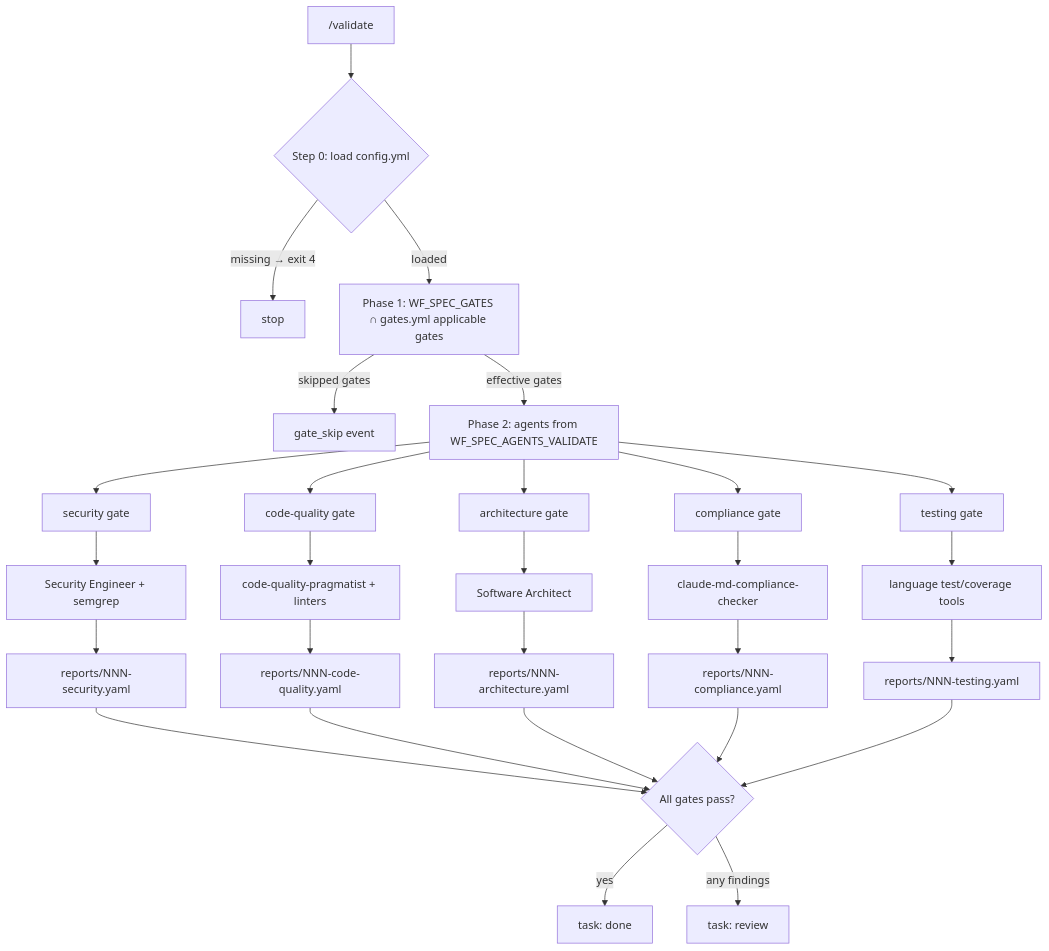
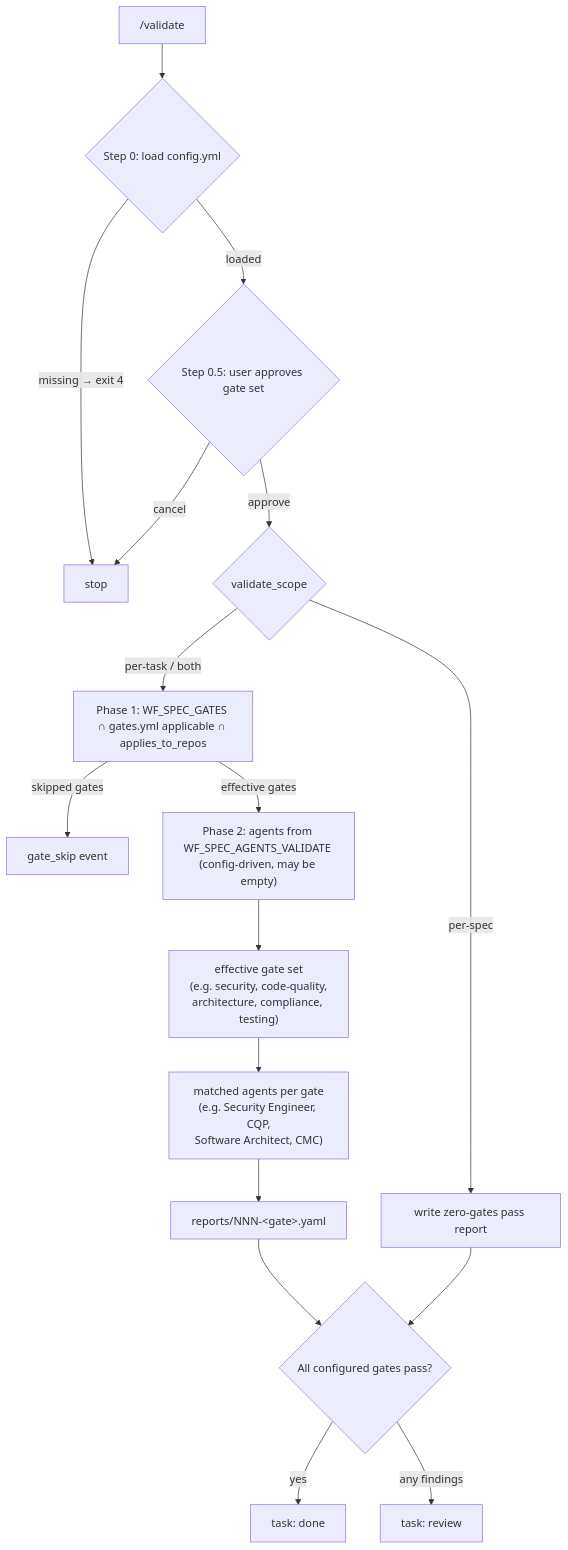
One commit to AlarQ/SDD-hub changed the fourth of 15 diagrams in docs/workflow-diagram.md. Above: the diagram before and after it, drawn with Mermaid. The commit also changed other lines of this file and 4 other files, not shown here.

````diff
--- a/docs/workflow-diagram.md
+++ b/docs/workflow-diagram.md
@@ -153,34 +154,21 @@
 ```mermaid
 graph TD
     V["/validate"] --> CFG0{Step 0: load config.yml}
     CFG0 -->|missing → exit 4| STOP_V[stop]
-    CFG0 -->|loaded| CEIL["Phase 1: WF_SPEC_GATES ∩ gates.yml applicable gates"]
+    CFG0 -->|loaded| APPR{Step 0.5: user approves gate set}
+    APPR -->|cancel| STOP_V
+    APPR -->|approve| SCOPE{validate_scope}
+    SCOPE -->|per-spec| PASS[write zero-gates pass report]
+    SCOPE -->|per-task / both| CEIL["Phase 1: WF_SPEC_GATES ∩ gates.yml applicable ∩ applies_to_repos"]
     CEIL -->|skipped gates| SKIP[gate_skip event]
-    CEIL -->|effective gates| AGT["Phase 2: agents from WF_SPEC_AGENTS_VALIDATE"]
+    CEIL -->|effective gates| AGT["Phase 2: agents from WF_SPEC_AGENTS_VALIDATE (config-driven, may be empty)"]
 
-    AGT --> G1[security gate]
-    AGT --> G2[code-quality gate]
-    AGT --> G3[architecture gate]
-    AGT --> G4[compliance gate]
-    AGT --> G5[testing gate]
+    AGT --> GATES["effective gate set<br/>(e.g. security, code-quality,<br/>architecture, compliance, testing)"]
+    GATES --> AGENTS["matched agents per gate<br/>(e.g. Security Engineer, CQP,<br/>Software Architect, CMC)"]
+    AGENTS --> REPORTS[reports/NNN-&lt;gate&gt;.yaml]
 
-    G1 --> A1[Security Engineer + semgrep]
-    G2 --> A2[code-quality-pragmatist + linters]
-    G3 --> A3[Software Architect]
-    G4 --> A4[claude-md-compliance-checker]
-    G5 --> A5[language test/coverage tools]
-
-    A1 --> R1[reports/NNN-security.yaml]
-    A2 --> R2[reports/NNN-code-quality.yaml]
-    A3 --> R3[reports/NNN-architecture.yaml]
-    A4 --> R4[reports/NNN-compliance.yaml]
-    A5 --> R5[reports/NNN-testing.yaml]
-
-    R1 --> AGG{All gates pass?}
-    R2 --> AGG
-    R3 --> AGG
-    R4 --> AGG
-    R5 --> AGG
+    REPORTS --> AGG{All configured gates pass?}
+    PASS --> AGG
     AGG -->|yes| DONE[task: done]
     AGG -->|any findings| REVIEW[task: review]
 ```
````
